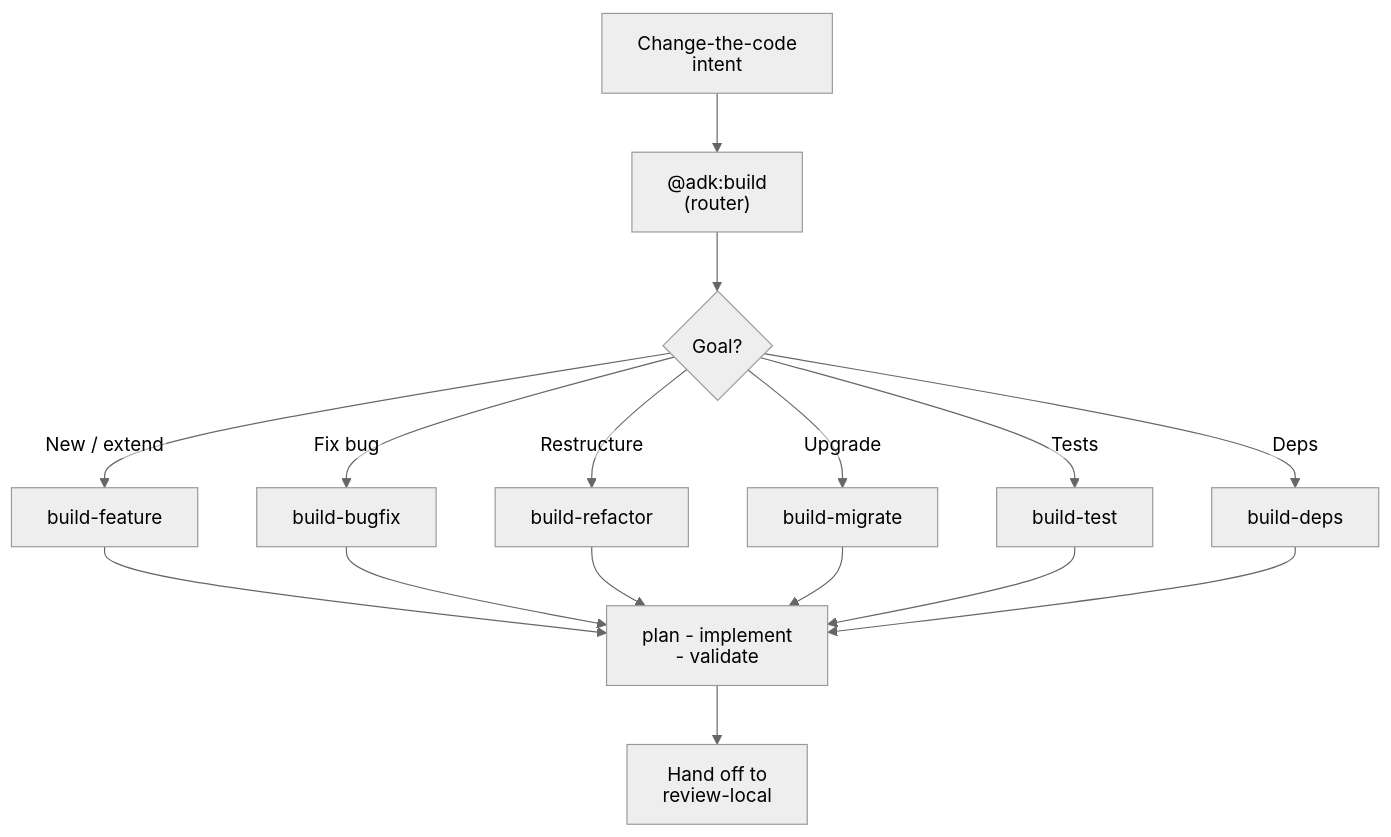
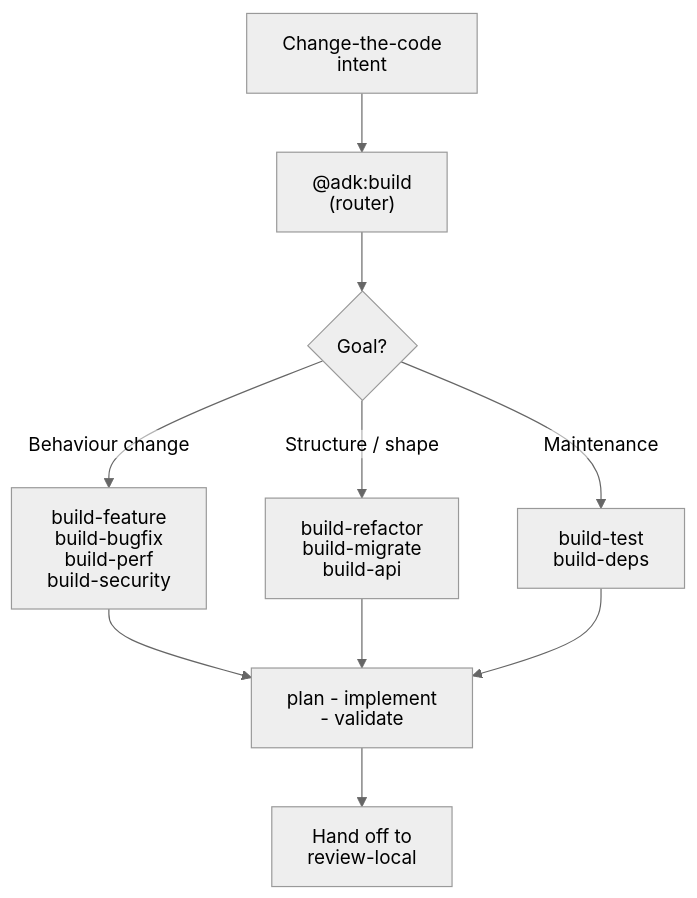
Before and after one commit to sujeet-pro/agents-devkit: the diagram in docs/guide/development/diagrams/build-routing.mermaid, drawn with Mermaid (neutral theme). The commit also changed 109 other files, not shown here.

```diff
--- a/docs/guide/development/diagrams/build-routing.mermaid
+++ b/docs/guide/development/diagrams/build-routing.mermaid
@@ -1,17 +1,11 @@
 %%{init: {'htmlLabels': false}}%%
 flowchart TD
   A["Change-the-code\nintent"] --> B["@adk:build\n(router)"]
   B --> C{"Goal?"}
-  C -- "New / extend" --> D["build-feature"]
-  C -- "Fix bug" --> E["build-bugfix"]
-  C -- "Restructure" --> F["build-refactor"]
-  C -- "Upgrade" --> G["build-migrate"]
-  C -- "Tests" --> H["build-test"]
-  C -- "Deps" --> I["build-deps"]
-  D --> J["plan -> implement\n-> validate"]
-  E --> J
-  F --> J
-  G --> J
-  H --> J
-  I --> J
+  C -- "Behaviour change" --> CB["build-feature\nbuild-bugfix\nbuild-perf\nbuild-security"]
+  C -- "Structure / shape" --> CS["build-refactor\nbuild-migrate\nbuild-api"]
+  C -- "Maintenance" --> CM["build-test\nbuild-deps"]
+  CB --> J["plan -> implement\n-> validate"]
+  CS --> J
+  CM --> J
   J --> K["Hand off to\nreview-local"]
```
